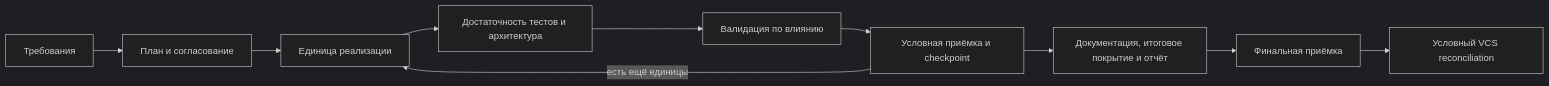
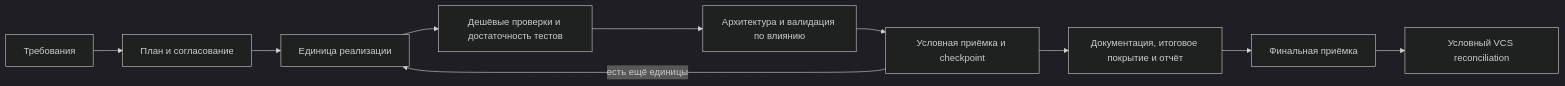
One commit to moira-mcp/moira changed the first of 13 diagrams in packages/docs/src/content/docs/ru/docs/reference/workflow-templates.mdx. Above: the diagram before and after it, drawn with Mermaid (dark theme). The commit also changed other lines of this file and 8 other files, not shown here.

Commit message:
feat(workflows): harden software development flow

````diff
--- a/packages/docs/src/content/docs/ru/docs/reference/workflow-templates.mdx
+++ b/packages/docs/src/content/docs/ru/docs/reference/workflow-templates.mdx
@@ -24,11 +24,11 @@
 ```mermaid
 flowchart LR
     A[Требования] --> B[План и согласование] --> C[Единица реализации]
-    C --> D[Достаточность тестов и архитектура]
-    D --> E[Валидация по влиянию]
+    C --> D[Дешёвые проверки и достаточность тестов]
+    D --> E[Архитектура и валидация по влиянию]
     E --> G[Условная приёмка и checkpoint]
     G -->|есть ещё единицы| C
     G --> F[Документация, итоговое покрытие и отчёт]
     F --> H[Финальная приёмка]
     H --> I[Условный VCS reconciliation]
 ```
````
